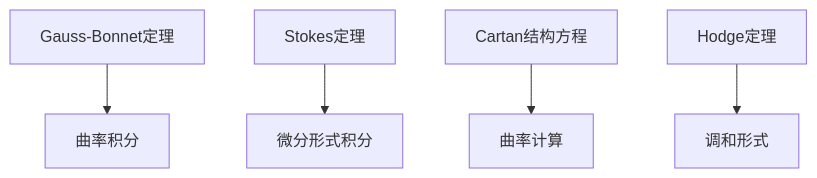
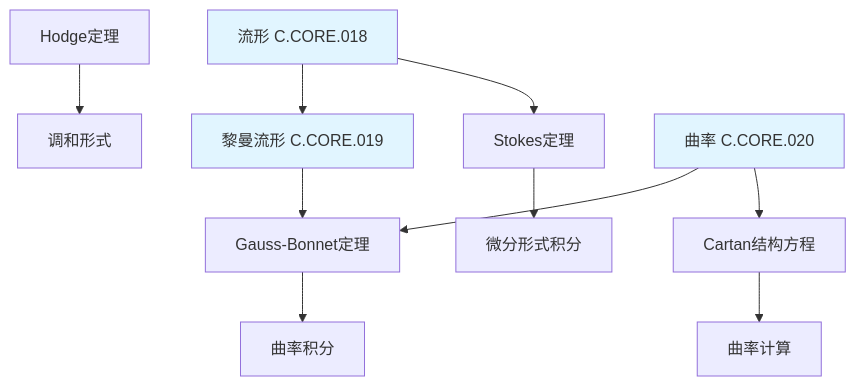
Before and after one commit to AdaMartin18010/FormalMath: the ninth of 15 diagrams in concept/05-知识关联网络/02-定理级关联网络.md, drawn with Mermaid. The commit also changed other lines of this file and 45 other files, not shown here.

````diff
--- a/concept/05-知识关联网络/02-定理级关联网络.md
+++ b/concept/05-知识关联网络/02-定理级关联网络.md
@@ -416,7 +450,16 @@
 ```mermaid
 graph TD
     A[Gauss-Bonnet定理] --> B[曲率积分]
     C[Stokes定理] --> D[微分形式积分]
     E[Cartan结构方程] --> F[曲率计算]
     G[Hodge定理] --> H[调和形式]
+    I[黎曼流形 C.CORE.019] --> A
+    J[曲率 C.CORE.020] --> A
+    J --> E
+    K[流形 C.CORE.018] --> I
+    K --> C
+
+    style I fill:#e1f5ff
+    style J fill:#e1f5ff
+    style K fill:#e1f5ff
 ```
````
